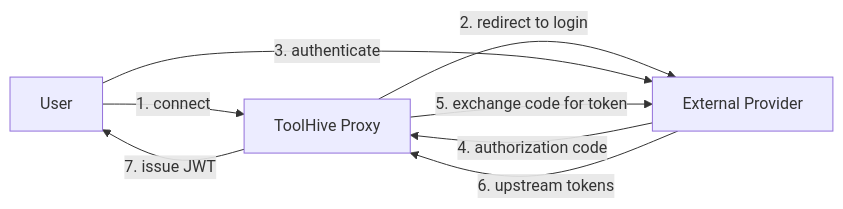
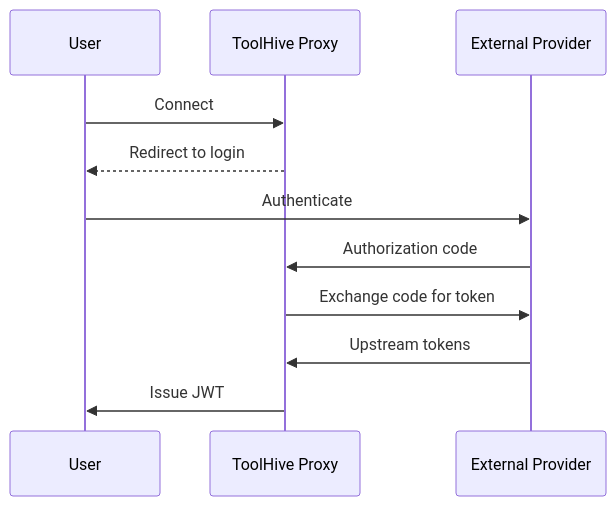
The third of 5 diagrams in docs/toolhive/concepts/backend-auth.mdx (stacklok/docs-website), drawn with Mermaid before and after one commit. The commit also changed other lines of this file, not shown here.

Commit message:
Update session storage warning to reflect Redis support

````diff
--- a/docs/toolhive/concepts/backend-auth.mdx
+++ b/docs/toolhive/concepts/backend-auth.mdx
@@ -165,14 +165,14 @@
 ```mermaid
-flowchart LR
-    User[User]
-    Proxy[ToolHive Proxy]
-    ExtProvider[External Provider]
+sequenceDiagram
+    participant User
+    participant Proxy as ToolHive Proxy
+    participant ExtProvider as External Provider
 
-    User -->|1. connect| Proxy
-    Proxy -->|2. redirect to login| ExtProvider
-    User -->|3. authenticate| ExtProvider
-    ExtProvider -->|4. authorization code| Proxy
-    Proxy -->|5. exchange code for token| ExtProvider
-    ExtProvider -->|6. upstream tokens| Proxy
-    Proxy -->|7. issue JWT| User
+    User->>Proxy: Connect
+    Proxy-->>User: Redirect to login
+    User->>ExtProvider: Authenticate
+    ExtProvider->>Proxy: Authorization code
+    Proxy->>ExtProvider: Exchange code for token
+    ExtProvider->>Proxy: Upstream tokens
+    Proxy->>User: Issue JWT
 ```
````
